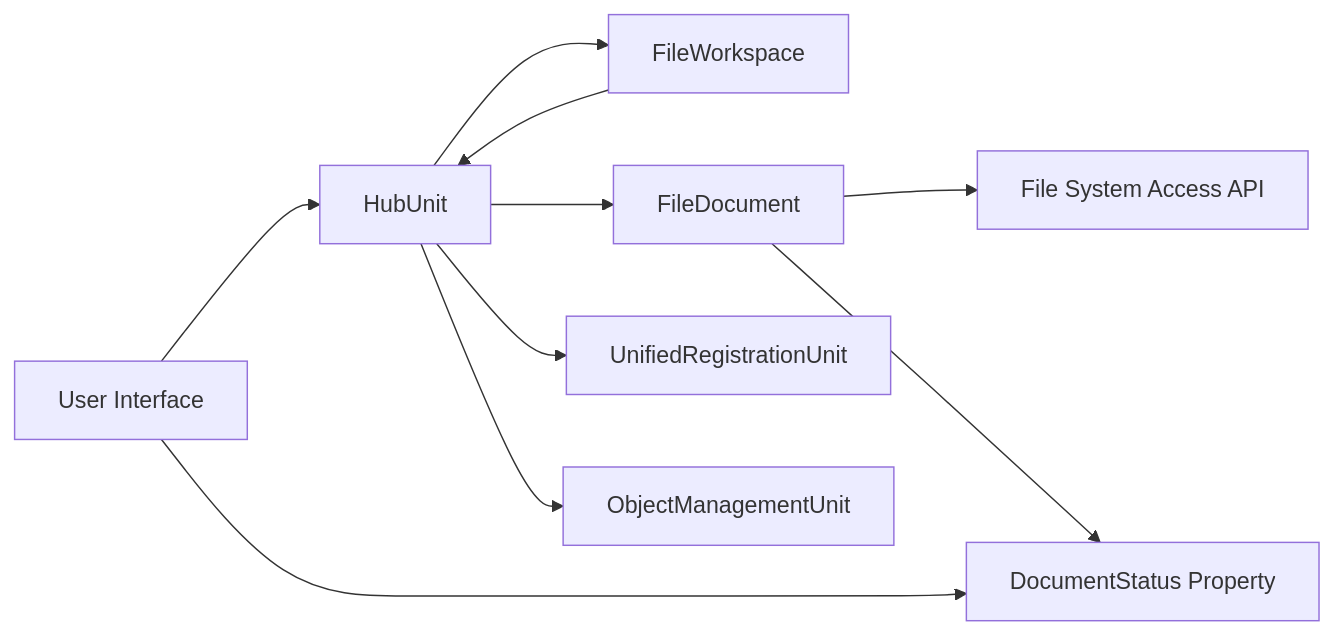
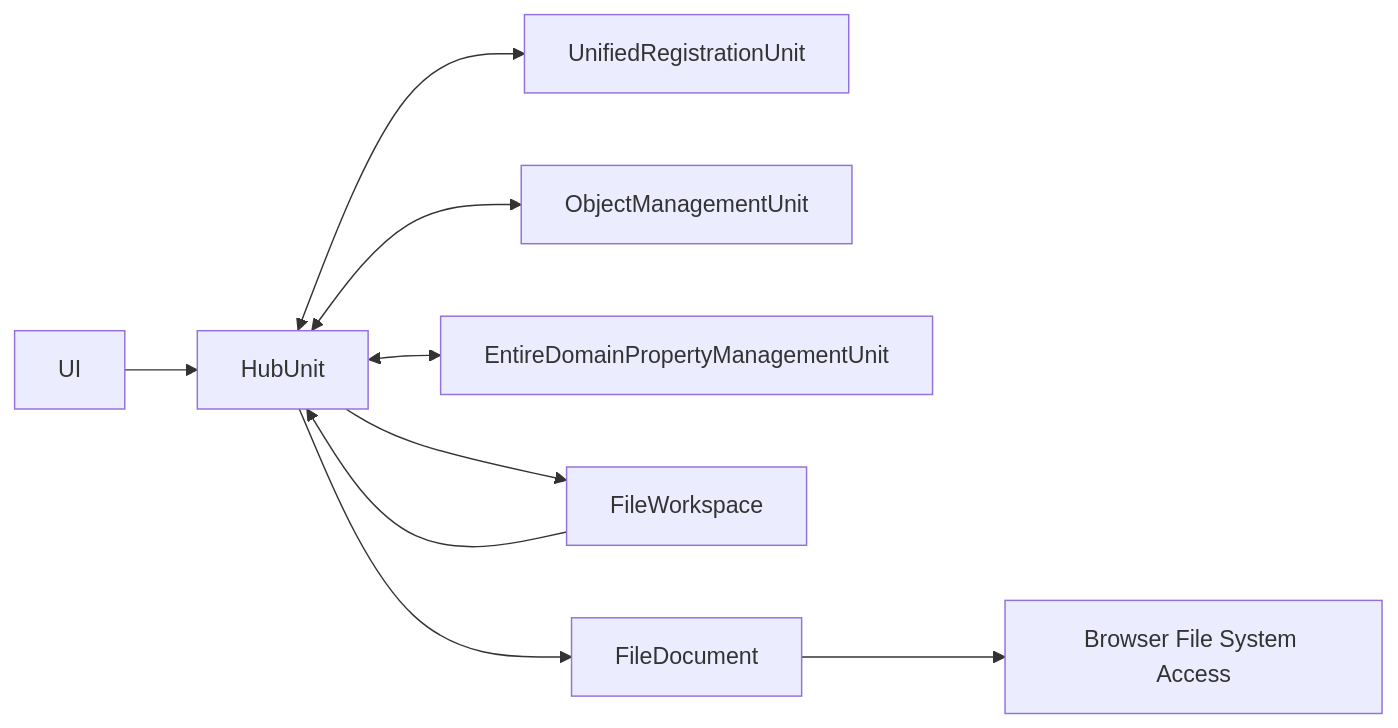
One commit to xcxc84584-prog/ClusterOpt2 changed the diagram in PR/PR1/ArcD.md. Above: the diagram before and after it, drawn with Mermaid. The commit also changed other lines of this file, not shown here.

````diff
--- a/PR/PR1/ArcD.md
+++ b/PR/PR1/ArcD.md
@@ -17,12 +24,11 @@
 ```mermaid
 flowchart LR
-  UI[User Interface] --> Hub[HubUnit]
-  Hub --> Workspace[FileWorkspace]
-  Workspace --> Hub
-  Hub --> Doc[FileDocument]
-  Doc --> Disk[File System Access API]
-  Hub --> Registry[UnifiedRegistrationUnit]
-  Hub --> OMU[ObjectManagementUnit]
-  Doc --> Status[DocumentStatus Property]
-  UI --> Status
+    UI[UI] --> Hub[HubUnit]
+    Hub <--> URU[UnifiedRegistrationUnit]
+    Hub <--> OMU[ObjectManagementUnit]
+    Hub <--> EDPMU[EntireDomainPropertyManagementUnit]
+    Hub --> WS[FileWorkspace]
+    WS --> Hub
+    Hub --> FD[FileDocument]
+    FD --> FS[Browser File System Access]
 ```
````
